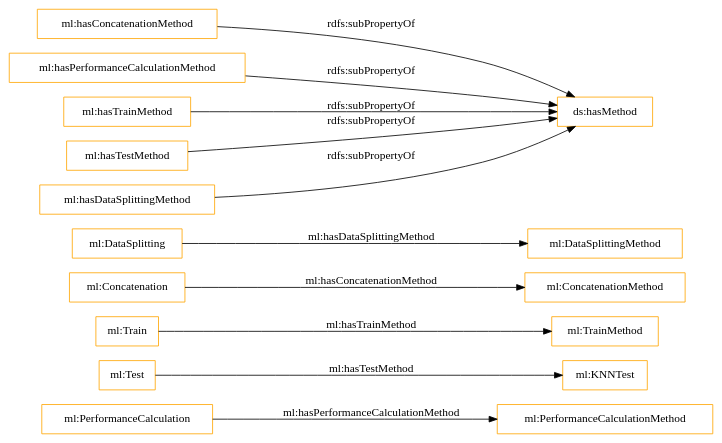
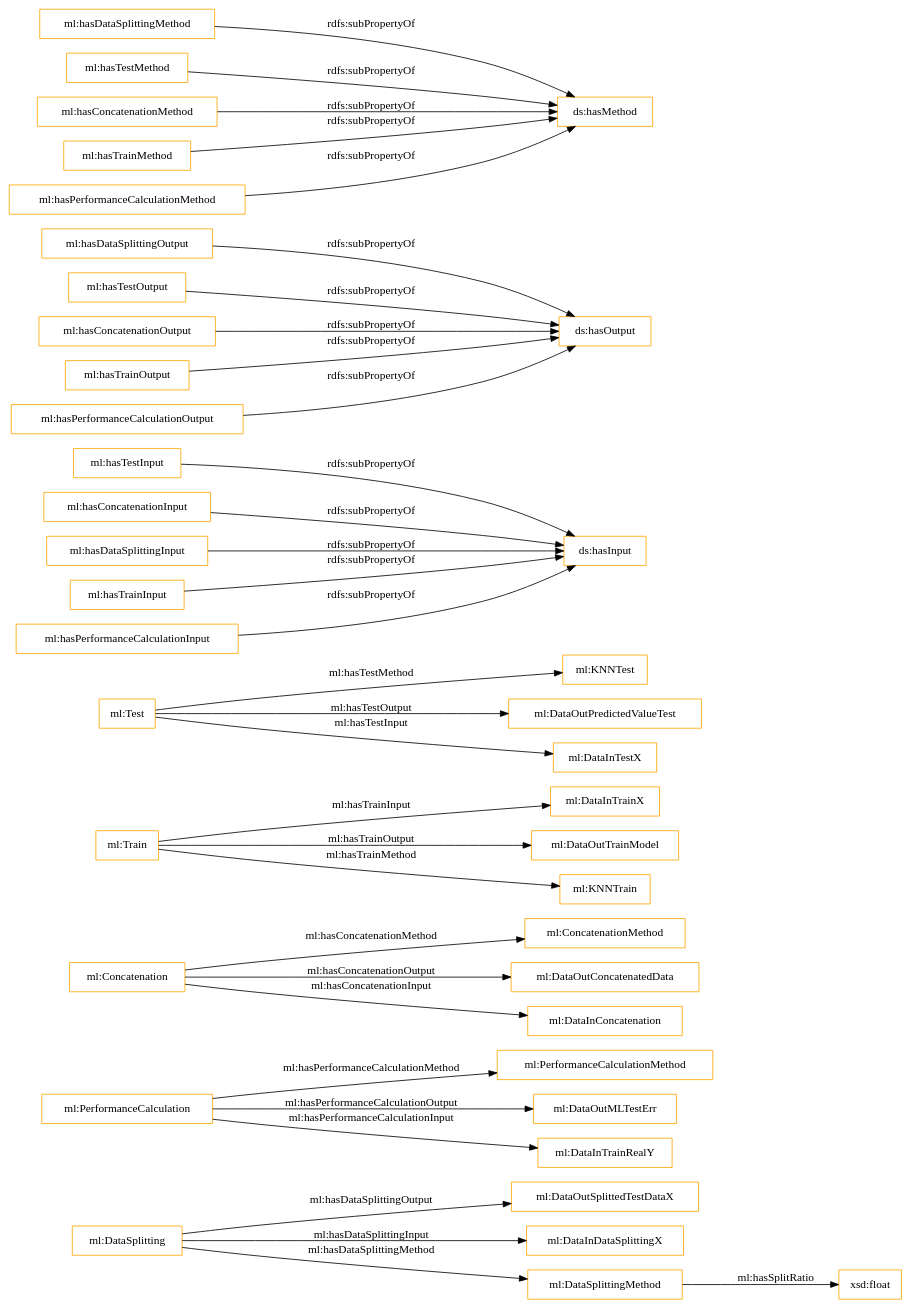
One commit to nsai-uio/ExeKGOntology changed the diagram in OnToology/ml_exeKGOntology.ttl/diagrams/ar2dtool-class/ml_exeKGOntology.ttl.png.dot. Above: the diagram before and after it, drawn with Graphviz. The commit also changed 74 other files, not shown here.

```diff
--- a/OnToology/ml_exeKGOntology.ttl/diagrams/ar2dtool-class/ml_exeKGOntology.ttl.png.dot
+++ b/OnToology/ml_exeKGOntology.ttl/diagrams/ar2dtool-class/ml_exeKGOntology.ttl.png.dot
@@ -1,16 +1,37 @@
 digraph ar2dtool_diagram { 
 rankdir=LR;
 size="1501"
-node [shape = rectangle, color="orange"]; "ml:PerformanceCalculation" "ml:KNNTest" "ml:TrainMethod" "ml:Train" "ml:Concatenation" "ml:ConcatenationMethod" "ml:PerformanceCalculationMethod" "ml:DataSplitting" "ml:Test" "ml:DataSplittingMethod" ; /*classes style*/
+node [shape = rectangle, color="orange"]; "ml:DataOutSplittedTestDataX" "ml:PerformanceCalculationMethod" "ml:Concatenation" "ml:ConcatenationMethod" "ml:DataInTrainX" "ml:DataOutConcatenatedData" "ml:DataSplitting" "ml:KNNTest" "ml:Test" "ml:DataInDataSplittingX" "ml:DataSplittingMethod" "ml:Train" "ml:PerformanceCalculation" "ml:DataOutTrainModel" "ml:DataOutPredictedValueTest" "ml:DataInTestX" "ml:KNNTrain" "ml:DataOutMLTestErr" "ml:DataInConcatenation" "ml:DataInTrainRealY" ; /*classes style*/
+	"ml:hasTestInput" -> "ds:hasInput" [ label = "rdfs:subPropertyOf" ];
+	"ml:hasDataSplittingOutput" -> "ds:hasOutput" [ label = "rdfs:subPropertyOf" ];
+	"ml:hasTestOutput" -> "ds:hasOutput" [ label = "rdfs:subPropertyOf" ];
+	"ml:hasConcatenationInput" -> "ds:hasInput" [ label = "rdfs:subPropertyOf" ];
+	"ml:hasDataSplittingMethod" -> "ds:hasMethod" [ label = "rdfs:subPropertyOf" ];
+	"ml:hasDataSplittingInput" -> "ds:hasInput" [ label = "rdfs:subPropertyOf" ];
+	"ml:hasConcatenationOutput" -> "ds:hasOutput" [ label = "rdfs:subPropertyOf" ];
+	"ml:hasTestMethod" -> "ds:hasMethod" [ label = "rdfs:subPropertyOf" ];
+	"ml:hasTrainOutput" -> "ds:hasOutput" [ label = "rdfs:subPropertyOf" ];
 	"ml:hasConcatenationMethod" -> "ds:hasMethod" [ label = "rdfs:subPropertyOf" ];
+	"ml:hasTrainInput" -> "ds:hasInput" [ label = "rdfs:subPropertyOf" ];
+	"ml:hasTrainMethod" -> "ds:hasMethod" [ label = "rdfs:subPropertyOf" ];
+	"ml:hasPerformanceCalculationOutput" -> "ds:hasOutput" [ label = "rdfs:subPropertyOf" ];
+	"ml:hasPerformanceCalculationInput" -> "ds:hasInput" [ label = "rdfs:subPropertyOf" ];
 	"ml:hasPerformanceCalculationMethod" -> "ds:hasMethod" [ label = "rdfs:subPropertyOf" ];
-	"ml:hasTrainMethod" -> "ds:hasMethod" [ label = "rdfs:subPropertyOf" ];
-	"ml:hasTestMethod" -> "ds:hasMethod" [ label = "rdfs:subPropertyOf" ];
-	"ml:hasDataSplittingMethod" -> "ds:hasMethod" [ label = "rdfs:subPropertyOf" ];
+	"ml:Test" -> "ml:DataOutPredictedValueTest" [ label = "ml:hasTestOutput" ];
+	"ml:Concatenation" -> "ml:DataInConcatenation" [ label = "ml:hasConcatenationInput" ];
+	"ml:Train" -> "ml:DataOutTrainModel" [ label = "ml:hasTrainOutput" ];
+	"ml:PerformanceCalculation" -> "ml:PerformanceCalculationMethod" [ label = "ml:hasPerformanceCalculationMethod" ];
 	"ml:Test" -> "ml:KNNTest" [ label = "ml:hasTestMethod" ];
-	"ml:PerformanceCalculation" -> "ml:PerformanceCalculationMethod" [ label = "ml:hasPerformanceCalculationMethod" ];
 	"ml:DataSplitting" -> "ml:DataSplittingMethod" [ label = "ml:hasDataSplittingMethod" ];
+	"ml:PerformanceCalculation" -> "ml:DataOutMLTestErr" [ label = "ml:hasPerformanceCalculationOutput" ];
+	"ml:Test" -> "ml:DataInTestX" [ label = "ml:hasTestInput" ];
 	"ml:Concatenation" -> "ml:ConcatenationMethod" [ label = "ml:hasConcatenationMethod" ];
-	"ml:Train" -> "ml:TrainMethod" [ label = "ml:hasTrainMethod" ];
+	"ml:DataSplitting" -> "ml:DataOutSplittedTestDataX" [ label = "ml:hasDataSplittingOutput" ];
+	"ml:PerformanceCalculation" -> "ml:DataInTrainRealY" [ label = "ml:hasPerformanceCalculationInput" ];
+	"ml:Train" -> "ml:KNNTrain" [ label = "ml:hasTrainMethod" ];
+	"ml:DataSplitting" -> "ml:DataInDataSplittingX" [ label = "ml:hasDataSplittingInput" ];
+	"ml:Concatenation" -> "ml:DataOutConcatenatedData" [ label = "ml:hasConcatenationOutput" ];
+	"ml:DataSplittingMethod" -> "xsd:float" [ label = "ml:hasSplitRatio" ];
+	"ml:Train" -> "ml:DataInTrainX" [ label = "ml:hasTrainInput" ];
 
 }
```
